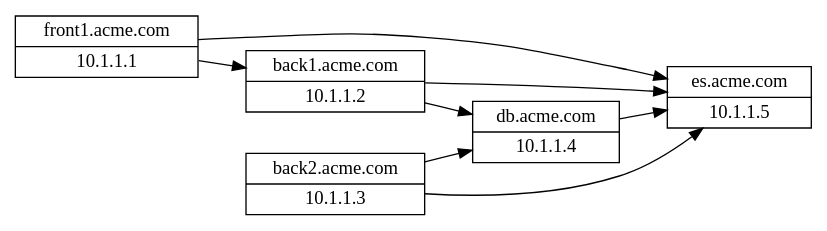
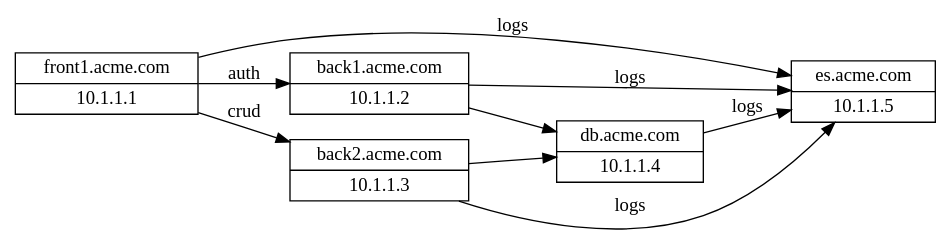
The diagram in doc/out.dot (barasher/dep-carto), drawn with Graphviz before and after one commit. The commit also changed 9 other files, not shown here.

```diff
--- a/doc/out.dot
+++ b/doc/out.dot
@@ -1,52 +1,54 @@
 digraph g {
 
 graph [
 rankdir = "LR"
 ];
 
+
+"es.acme.com"[
+    label="es.acme.com|10.1.1.5"
+    shape = "record"
+]
 
 "front1.acme.com"[
     label="front1.acme.com|10.1.1.1"
     shape = "record"
 ]
 
 "back1.acme.com"[
     label="back1.acme.com|10.1.1.2"
     shape = "record"
 ]
 
 "back2.acme.com"[
     label="back2.acme.com|10.1.1.3"
     shape = "record"
 ]
 
 "db.acme.com"[
     label="db.acme.com|10.1.1.4"
     shape = "record"
 ]
 
-"es.acme.com"[
-    label="es.acme.com|10.1.1.5"
-    shape = "record"
-]
 
 
 
 
+"front1.acme.com" -> "back1.acme.com" [label="auth"]
 
-"front1.acme.com" -> "back1.acme.com"
+"front1.acme.com" -> "back2.acme.com" [label="crud"]
 
-"front1.acme.com" -> "es.acme.com"
+"front1.acme.com" -> "es.acme.com" [label="logs"]
 
-"back1.acme.com" -> "db.acme.com"
+"back1.acme.com" -> "db.acme.com" 
 
-"back1.acme.com" -> "es.acme.com"
+"back1.acme.com" -> "es.acme.com" [label="logs"]
 
-"back2.acme.com" -> "db.acme.com"
+"back2.acme.com" -> "db.acme.com" 
 
-"back2.acme.com" -> "es.acme.com"
+"back2.acme.com" -> "es.acme.com" [label="logs"]
 
-"db.acme.com" -> "es.acme.com"
+"db.acme.com" -> "es.acme.com" [label="logs"]
 
 
 }
```
